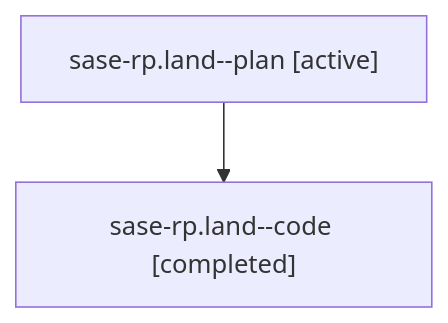
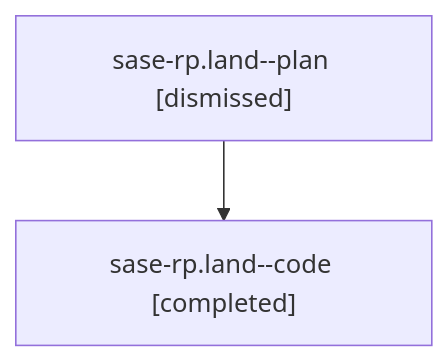
One commit to sase-org/sase--agents changed the diagram in sessions/bbugyi200.athena.sase-rp.land.md. Above: the diagram before and after it, drawn with Mermaid. The commit also changed other lines of this file and 172 other files, not shown here.

````diff
--- a/sessions/bbugyi200.athena.sase-rp.land.md
+++ b/sessions/bbugyi200.athena.sase-rp.land.md
@@ -9,6 +9,6 @@
 ```mermaid
 flowchart TD
-  n0["sase-rp.land--plan [active]"]
+  n0["sase-rp.land--plan [dismissed]"]
   n1["sase-rp.land--code [completed]"]
   n0 --> n1
 ```
````
